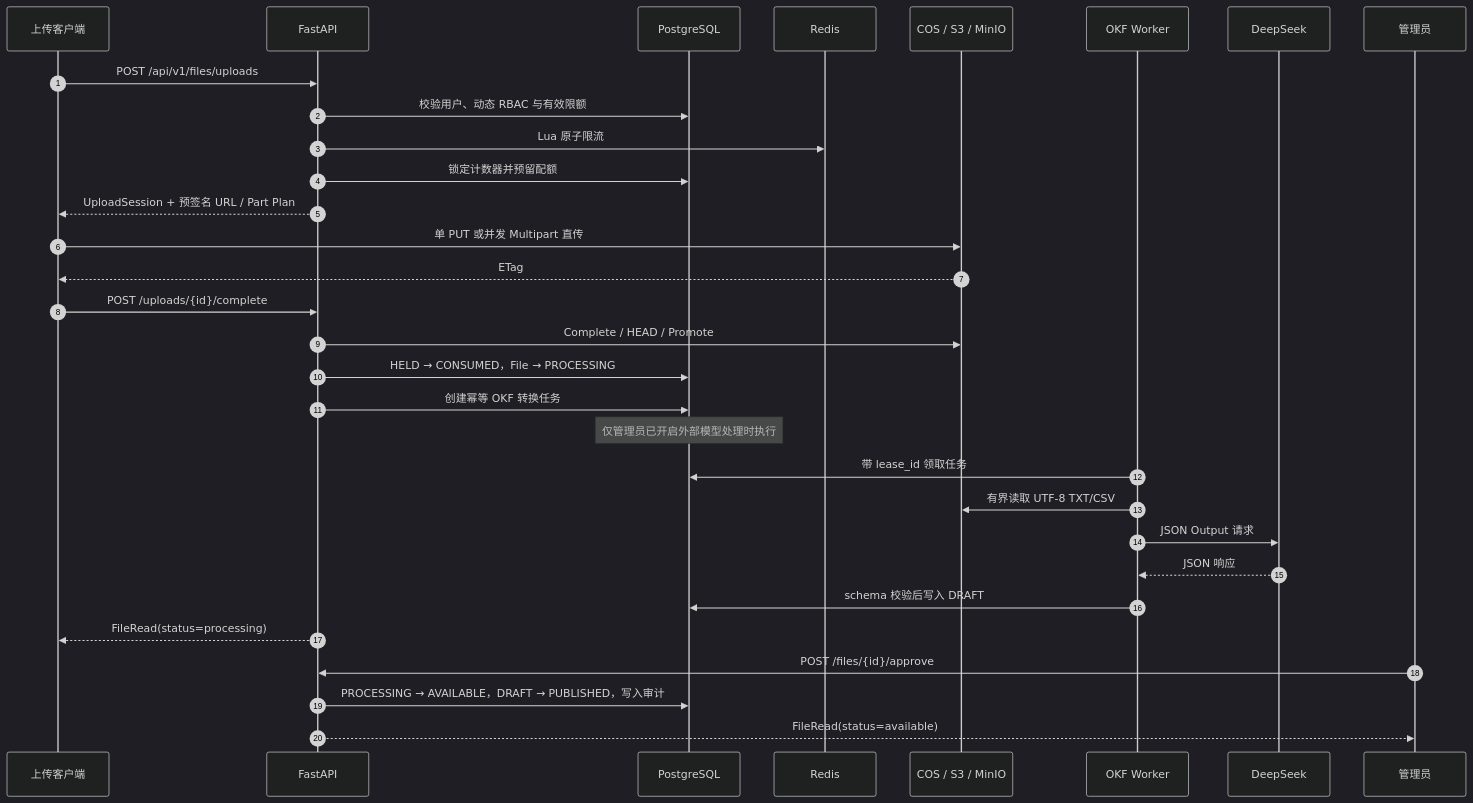
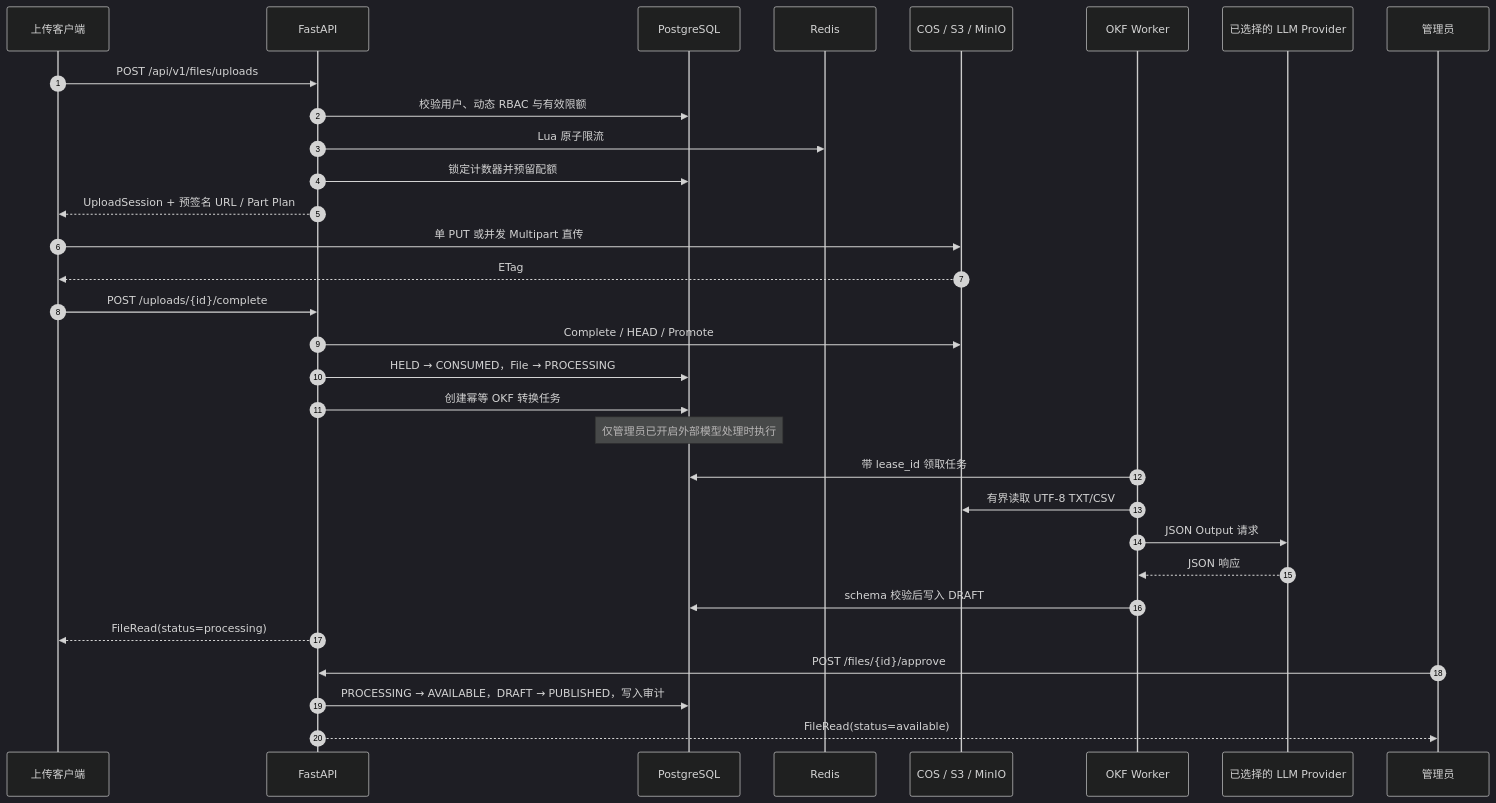
One commit to SuperGokou/knowledgebases changed the second of 2 diagrams in README.md. Above: the diagram before and after it, drawn with Mermaid (dark theme). The commit also changed other lines of this file and 12 other files, not shown here.

````diff
--- a/README.md
+++ b/README.md
@@ -111,34 +112,34 @@
 ```mermaid
 sequenceDiagram
     autonumber
     participant C as 上传客户端
     participant A as FastAPI
     participant D as PostgreSQL
     participant R as Redis
     participant O as COS / S3 / MinIO
     participant W as OKF Worker
-    participant L as DeepSeek
+    participant L as 已选择的 LLM Provider
     participant M as 管理员
 
     C->>A: POST /api/v1/files/uploads
     A->>D: 校验用户、动态 RBAC 与有效限额
     A->>R: Lua 原子限流
     A->>D: 锁定计数器并预留配额
     A-->>C: UploadSession + 预签名 URL / Part Plan
     C->>O: 单 PUT 或并发 Multipart 直传
     O-->>C: ETag
     C->>A: POST /uploads/{id}/complete
     A->>O: Complete / HEAD / Promote
     A->>D: HELD → CONSUMED，File → PROCESSING
     A->>D: 创建幂等 OKF 转换任务
     Note over D: 仅管理员已开启外部模型处理时执行
     W->>D: 带 lease_id 领取任务
     W->>O: 有界读取 UTF-8 TXT/CSV
     W->>L: JSON Output 请求
     L-->>W: JSON 响应
     W->>D: schema 校验后写入 DRAFT
     A-->>C: FileRead(status=processing)
     M->>A: POST /files/{id}/approve
     A->>D: PROCESSING → AVAILABLE，DRAFT → PUBLISHED，写入审计
     A-->>M: FileRead(status=available)
 ```
````
